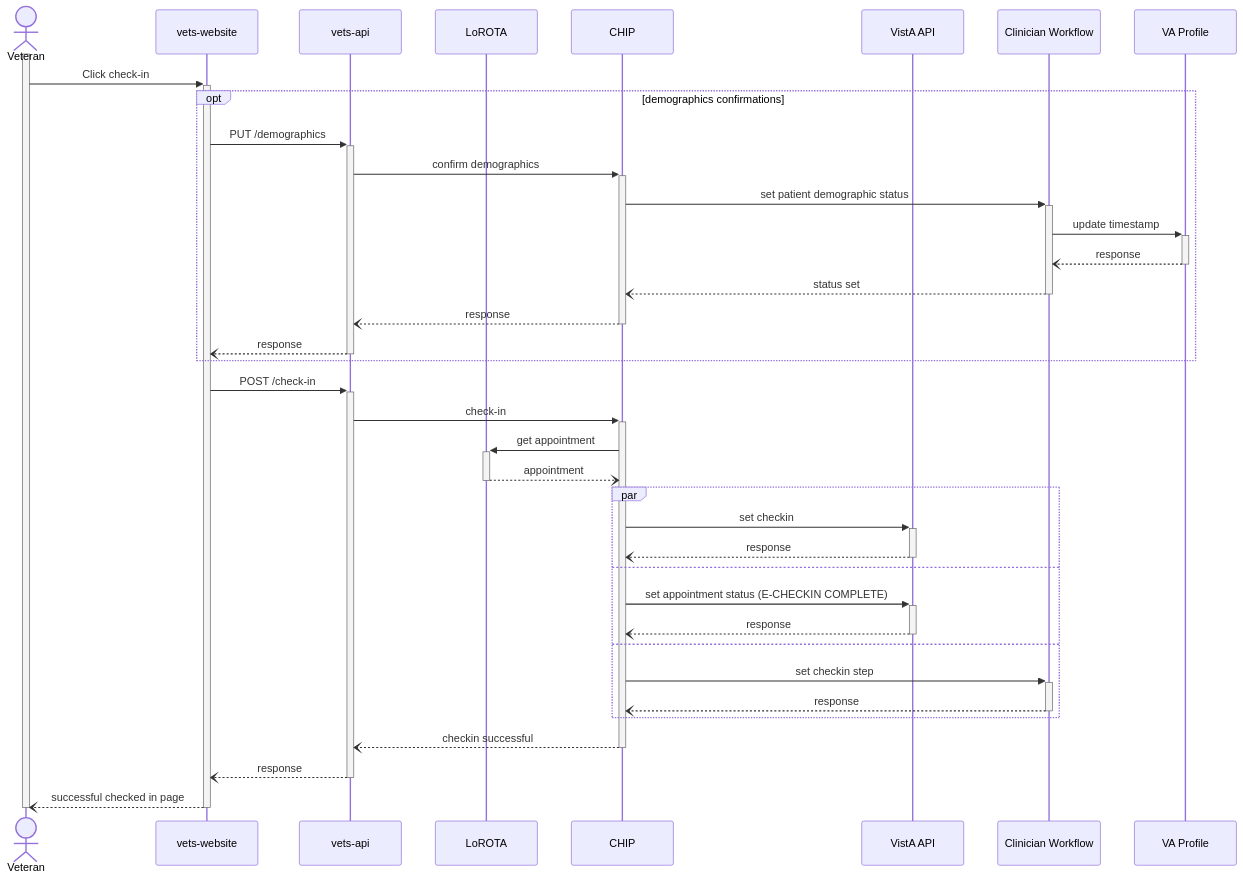
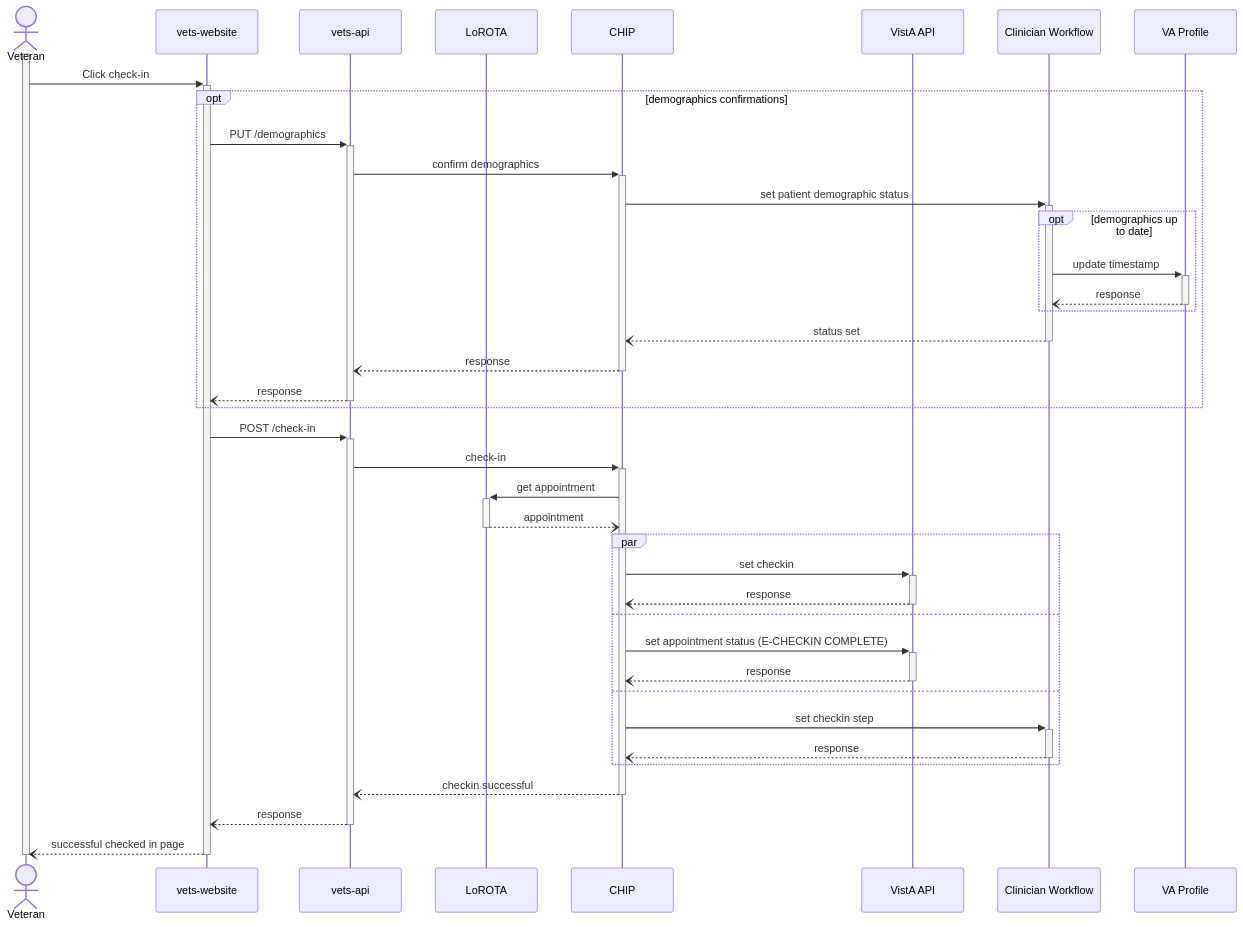
The fourth of 4 diagrams in products/health-care/checkin/engineering/architecture-diagrams/draft_sequenceDiagram_checkInExp_vaProfile.md (department-of-veterans-affairs/va.gov-team), drawn with Mermaid before and after one commit. The commit also changed other lines of this file, not shown here.

````diff
--- a/products/health-care/checkin/engineering/architecture-diagrams/draft_sequenceDiagram_checkInExp_vaProfile.md
+++ b/products/health-care/checkin/engineering/architecture-diagrams/draft_sequenceDiagram_checkInExp_vaProfile.md
@@ -140,42 +129,44 @@
 ```mermaid
 sequenceDiagram
     actor vet as Veteran
     participant web as vets-website
     participant api as vets-api
     participant l as LoROTA
     participant c as CHIP
     participant va as VistA API
     participant cw as Clinician Workflow
     participant vp as VA Profile
 
     activate vet
     vet->>+web: Click check-in
     opt demographics confirmations
         web->>+api: PUT /demographics
         api->>+c: confirm demographics
         c->>+cw: set patient demographic status
-        cw->>+vp: update timestamp
-        vp--)-cw: response
+        opt demographics up to date
+            cw->>+vp: update timestamp
+            vp--)-cw: response
+        end
         cw--)-c: status set
         c--)-api: response
         api--)-web: response
     end
     web->>+api: POST /check-in
     api->>+c: check-in
     c->>+l: get appointment
     l--)-c: appointment
     par
         c->>+va: set checkin
         va--)-c: response
     and
         c->>+va: set appointment status (E-CHECKIN COMPLETE)
         va--)-c: response
     and
         c->>+cw: set checkin step
         cw--)-c: response
     end
     c--)-api: checkin successful
     api--)-web: response
     web--)-vet: successful checked in page
     deactivate vet
 ```
````
